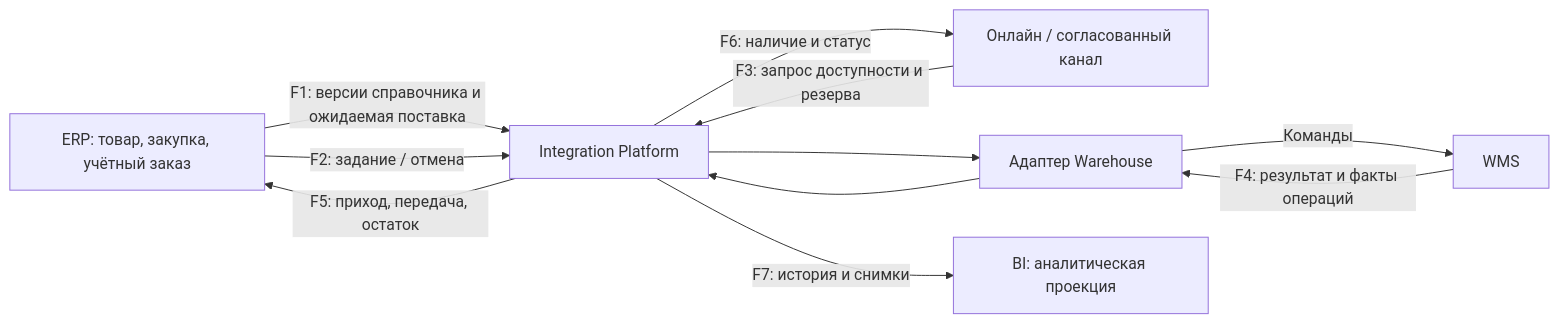
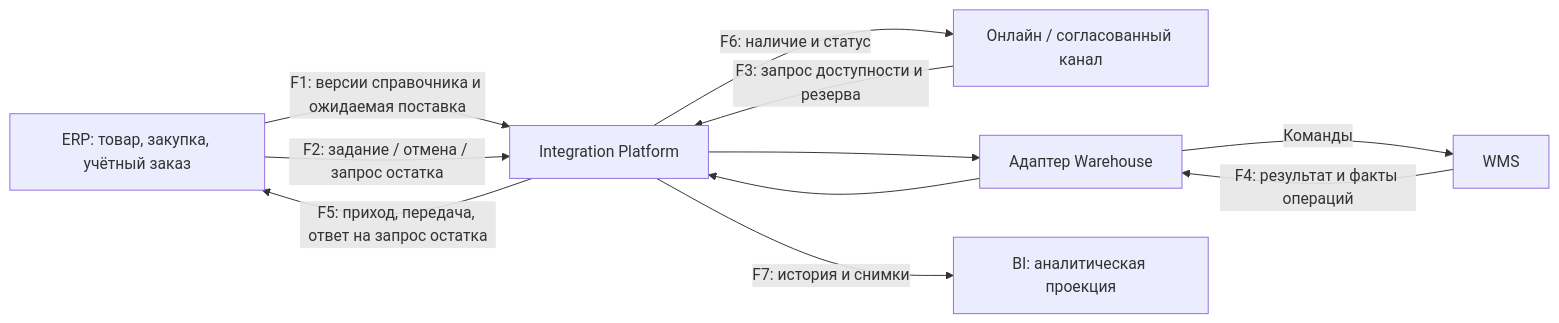
One commit to rsingatulin/hse_architecture changed the diagram in 03_warehouse_domain/03_Data_Architecture/Data_Flows/WH-DF-001-flows.md. Above: the diagram before and after it, drawn with Mermaid. The commit also changed other lines of this file and 8 other files, not shown here.

````diff
--- a/03_warehouse_domain/03_Data_Architecture/Data_Flows/WH-DF-001-flows.md
+++ b/03_warehouse_domain/03_Data_Architecture/Data_Flows/WH-DF-001-flows.md
@@ -14,13 +14,13 @@
 ```mermaid
 flowchart LR
   ERP["ERP: товар, закупка, учётный заказ"] -->|"F1: версии справочника и ожидаемая поставка"| IP["Integration Platform"]
-  ERP -->|"F2: задание / отмена"| IP
+  ERP -->|"F2: задание / отмена / запрос остатка"| IP
   WEB["Онлайн / согласованный канал"] -->|"F3: запрос доступности и резерва"| IP
   IP --> A["Адаптер Warehouse"]
   A -->|"Команды"| WMS["WMS"]
   WMS -->|"F4: результат и факты операций"| A
   A --> IP
-  IP -->|"F5: приход, передача, остаток"| ERP
+  IP -->|"F5: приход, передача, ответ на запрос остатка"| ERP
   IP -->|"F6: наличие и статус"| WEB
   IP -->|"F7: история и снимки"| BI["BI: аналитическая проекция"]
 ```
````
